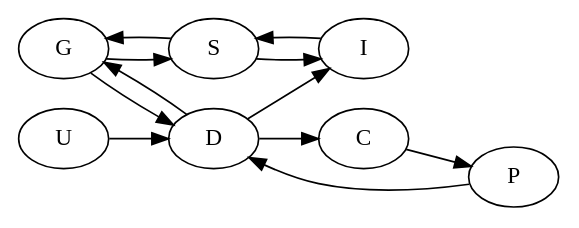
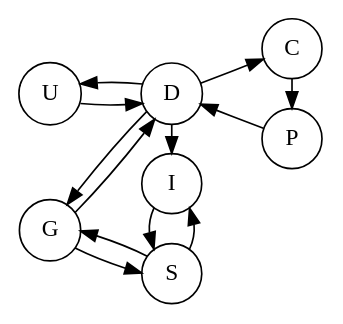
Before and after one commit to mpgirro/dipl: the diagram in docs/img/system.dot, drawn with Graphviz.

Commit message:
[doc] now this DOT specification looks nice

```diff
--- a/docs/img/system.dot
+++ b/docs/img/system.dot
@@ -1,14 +1,14 @@
 digraph G {
     rankdir=LR;
-    G -> S;
-    G -> D;
-    D -> C;
-    C -> P;
-    P -> D;
-    U -> D;
-    D -> I;
-    D -> G;
-    S -> G;
-    S -> I;
-    I -> S; 
+    node [shape = circle];
+    size="4,4"
+
+    G -> D -> G;
+    U -> D -> U;
+    G -> S -> I -> S -> G;
+    D -> C -> P -> D -> I;
+
+    { rank=same; G U }
+    { rank=same; D S I }
+    { rank=same; C P }
 }
```
